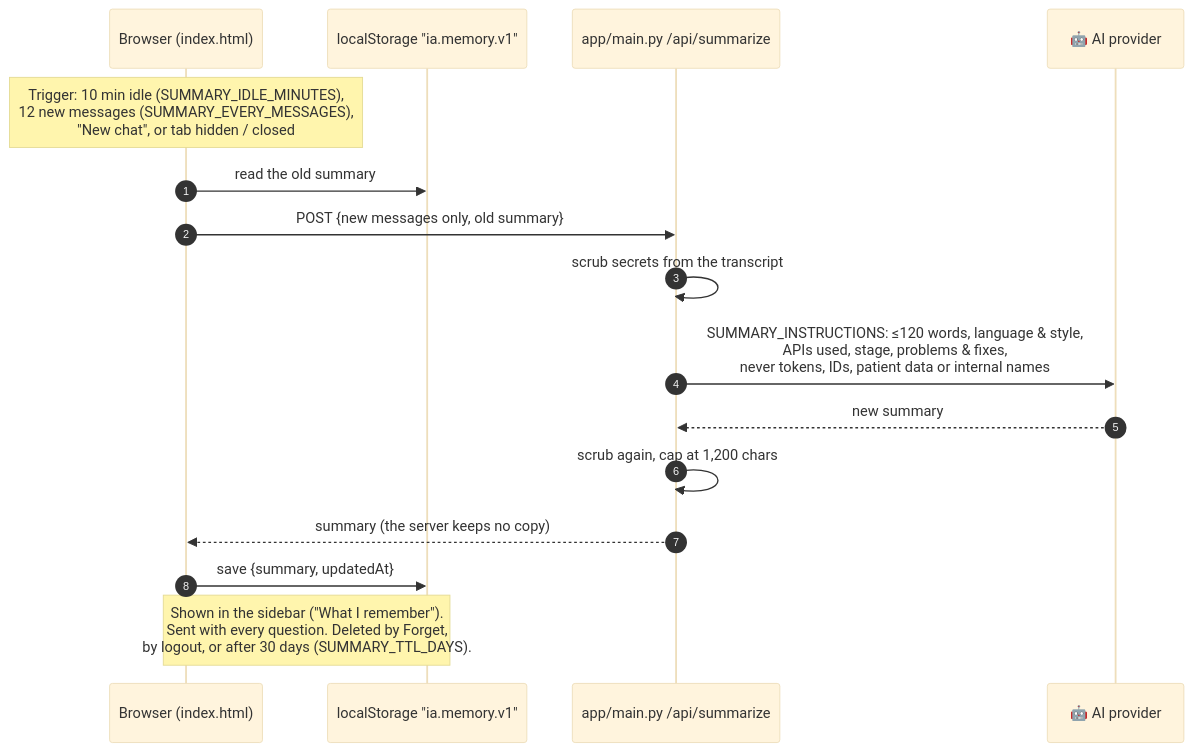
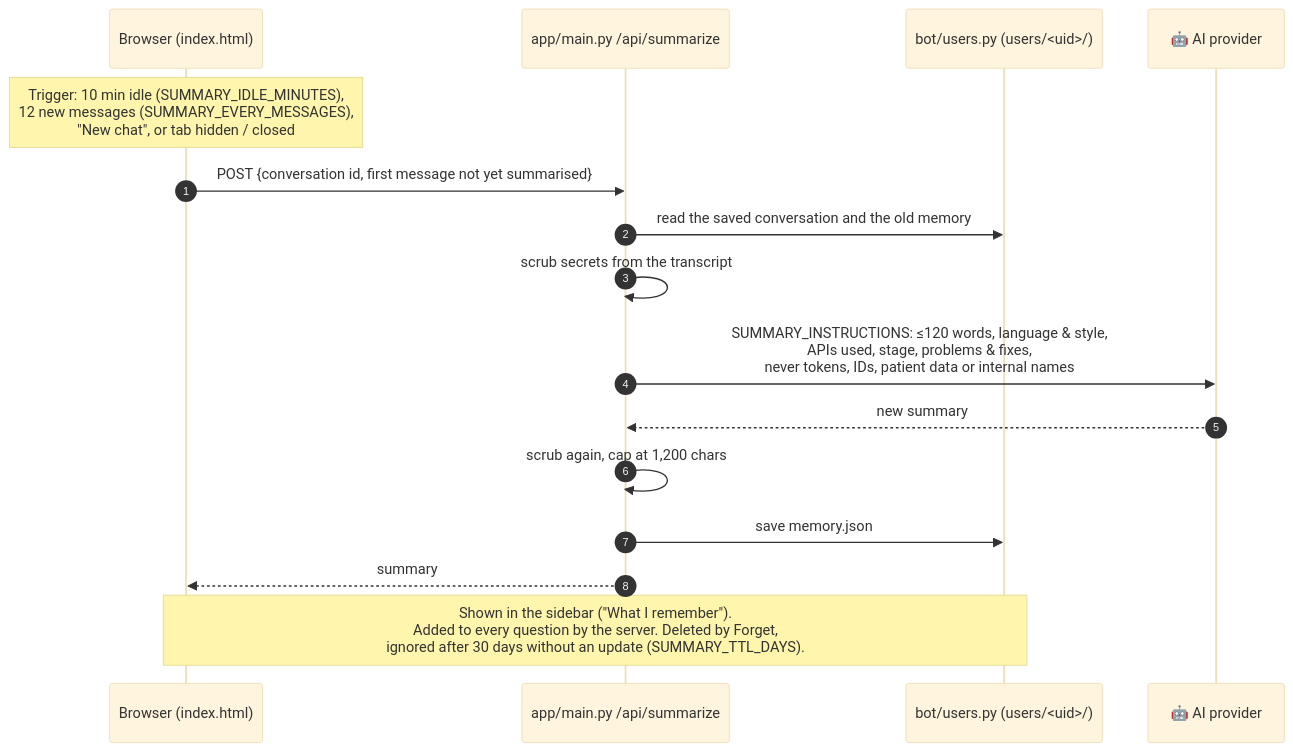
Before and after one commit to SuvitKumar03/DSA-API-Integration-bot: the third of 11 diagrams in README.md, drawn with Mermaid (base theme). The commit also changed other lines of this file and 35 other files, not shown here.

````diff
--- a/README.md
+++ b/README.md
@@ -153,19 +178,19 @@
 ```mermaid
 sequenceDiagram
     autonumber
     participant B as Browser (index.html)
-    participant LS as localStorage "ia.memory.v1"
     participant M as app/main.py /api/summarize
+    participant U as bot/users.py (users/<uid>/)
     participant AI as 🤖 AI provider
 
     Note over B: Trigger: 10 min idle (SUMMARY_IDLE_MINUTES),<br/>12 new messages (SUMMARY_EVERY_MESSAGES),<br/>"New chat", or tab hidden / closed
-    B->>LS: read the old summary
-    B->>M: POST {new messages only, old summary}
+    B->>M: POST {conversation id, first message not yet summarised}
+    M->>U: read the saved conversation and the old memory
     M->>M: scrub secrets from the transcript
     M->>AI: SUMMARY_INSTRUCTIONS: ≤120 words, language & style,<br/>APIs used, stage, problems & fixes,<br/>never tokens, IDs, patient data or internal names
     AI-->>M: new summary
     M->>M: scrub again, cap at 1,200 chars
-    M-->>B: summary (the server keeps no copy)
-    B->>LS: save {summary, updatedAt}
-    Note over B,LS: Shown in the sidebar ("What I remember").<br/>Sent with every question. Deleted by Forget,<br/>by logout, or after 30 days (SUMMARY_TTL_DAYS).
+    M->>U: save memory.json
+    M-->>B: summary
+    Note over B,U: Shown in the sidebar ("What I remember").<br/>Added to every question by the server. Deleted by Forget,<br/>ignored after 30 days without an update (SUMMARY_TTL_DAYS).
 ```
````
